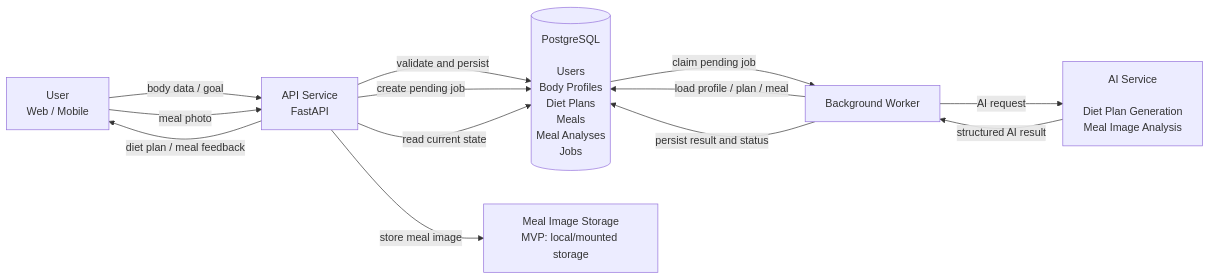
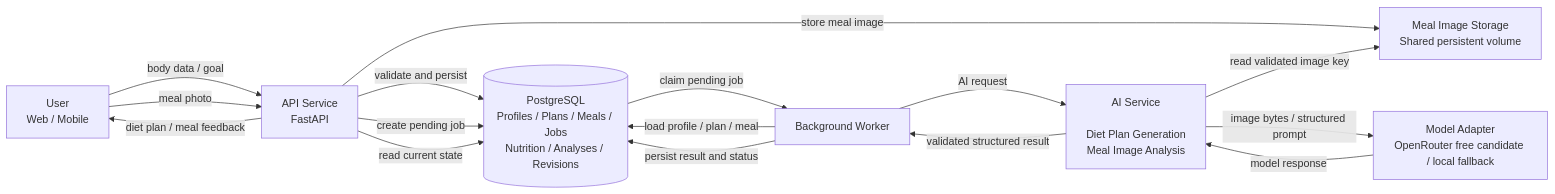
Before and after one commit to BoxiangZ/NourishLoop: the first of 2 diagrams in docs/architecture.md, drawn with Mermaid. The commit also changed other lines of this file and 5 other files, not shown here.

Commit message:
docs: refine group14 diet and meal analysis proposal

````diff
--- a/docs/architecture.md
+++ b/docs/architecture.md
@@ -128,31 +117,35 @@
 ```mermaid
 flowchart LR
     U[User<br/>Web / Mobile]
 
     API[API Service<br/>FastAPI]
 
-    DB[(PostgreSQL<br/><br/>Users<br/>Body Profiles<br/>Diet Plans<br/>Meals<br/>Meal Analyses<br/>Jobs)]
+    DB[(PostgreSQL<br/>Profiles / Plans / Meals / Jobs<br/>Nutrition / Analyses / Revisions)]
 
     W[Background Worker]
 
     AI[AI Service<br/><br/>Diet Plan Generation<br/>Meal Image Analysis]
 
-    IMG[Meal Image Storage<br/>MVP: local/mounted storage]
+    IMG[Meal Image Storage<br/>Shared persistent volume]
+    PROVIDER[Model Adapter<br/>OpenRouter free candidate / local fallback]
 
     U -->|body data / goal| API
     U -->|meal photo| API
 
     API -->|validate and persist| DB
     API -->|store meal image| IMG
     API -->|create pending job| DB
 
     DB -->|claim pending job| W
     W -->|load profile / plan / meal| DB
     W -->|AI request| AI
-    AI -->|structured AI result| W
+    AI -->|read validated image key| IMG
+    AI -->|image bytes / structured prompt| PROVIDER
+    PROVIDER -->|model response| AI
+    AI -->|validated structured result| W
 
     W -->|persist result and status| DB
 
     API -->|read current state| DB
     API -->|diet plan / meal feedback| U
 ```
````
